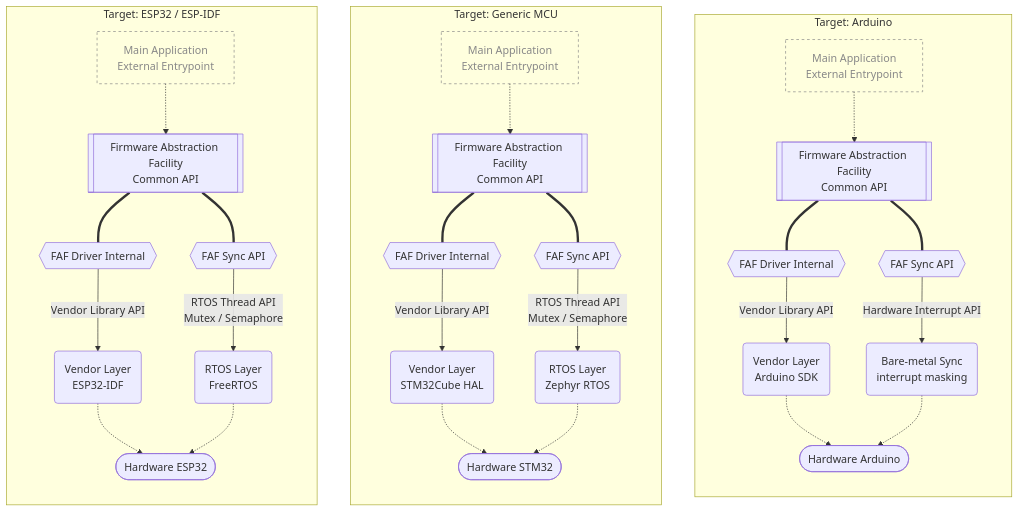
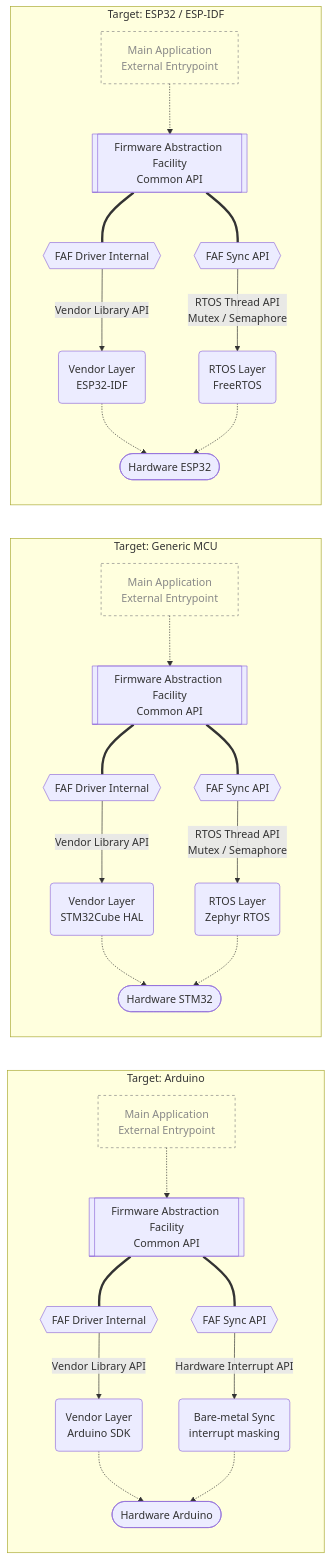
Before and after one commit to nyumiri/firmware-abstraction-facility: the diagram in README.md, drawn with Mermaid. The commit also changed other lines of this file and 22 other files, not shown here.

````diff
--- a/README.md
+++ b/README.md
@@ -9,40 +9,40 @@
 ```mermaid
-graph LR
+graph TB
     subgraph ESP32[Target: ESP32 / ESP-IDF]
         direction TB
         Main1[Main Application<br>External Entrypoint]:::external -.-> Common1[[Firmware Abstraction Facility<br/>Common API]]
         Common1 === Driver1{{FAF Driver Internal}}
         Common1 === OS1{{FAF Sync API}}
         Driver1 -->|Vendor Library API| Vendor1(Vendor Layer<br/>ESP32-IDF)
         OS1 -->|"RTOS Thread API<br>Mutex / Semaphore"| RTOS1(RTOS Layer<br/>FreeRTOS)
         Vendor1 -.-> HW1([Hardware ESP32])
         RTOS1 -.-> HW1
     end
 
     subgraph Generic[Target: Generic MCU]
         direction TB
         Main2[Main Application<br>External Entrypoint]:::external -.-> Common2[[Firmware Abstraction Facility<br/>Common API]]
         Common2 === Driver2{{FAF Driver Internal}}
         Common2 === OS2{{FAF Sync API}}
         Driver2 -->|Vendor Library API| Vendor2(Vendor Layer<br/>STM32Cube HAL)
         OS2 -->|"RTOS Thread API<br>Mutex / Semaphore"| RTOS2(RTOS Layer<br/>Zephyr RTOS)
         Vendor2 -.-> HW2([Hardware STM32])
         RTOS2 -.-> HW2
     end
 
     subgraph Arduino[Target: Arduino]
         direction TB
         Main3[Main Application<br>External Entrypoint]:::external -.-> Common3[[Firmware Abstraction Facility<br/>Common API]]
         Common3 === Driver3{{FAF Driver Internal}}
         Common3 === OS3{{FAF Sync API}}
         Driver3 -->|Vendor Library API| Vendor3(Vendor Layer<br/>Arduino SDK)
         OS3 -->|Hardware Interrupt API| Bare3(Bare-metal Sync<br/>interrupt masking)
         Vendor3 -.-> HW3([Hardware Arduino])
         Bare3 -.-> HW3
     end
 
     ESP32~~~Generic
     Generic~~~Arduino
 
     classDef external fill:none,stroke:#888,stroke-width:1px,stroke-dasharray: 4 4,color:#888
 ```
````
